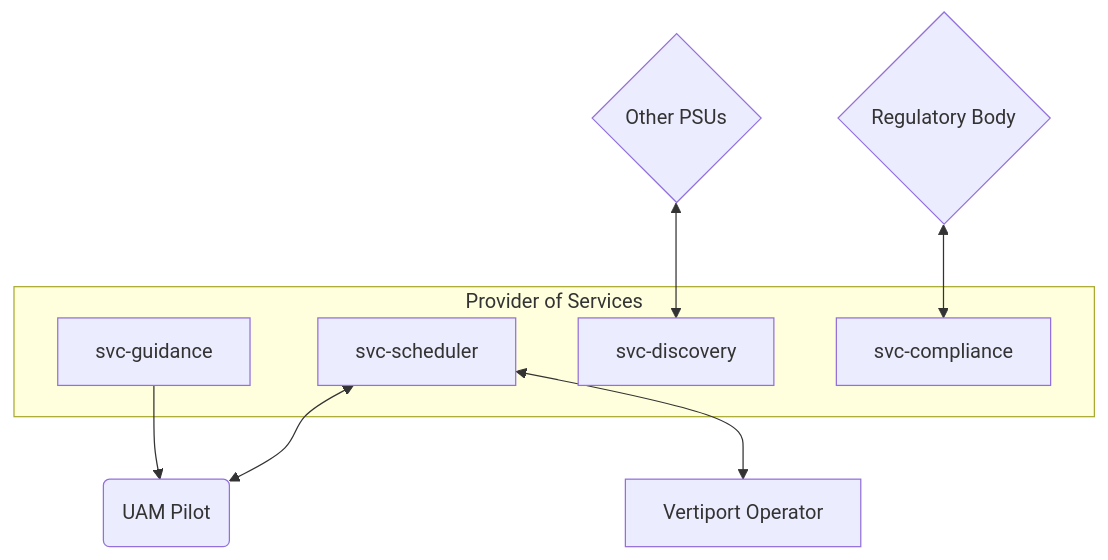
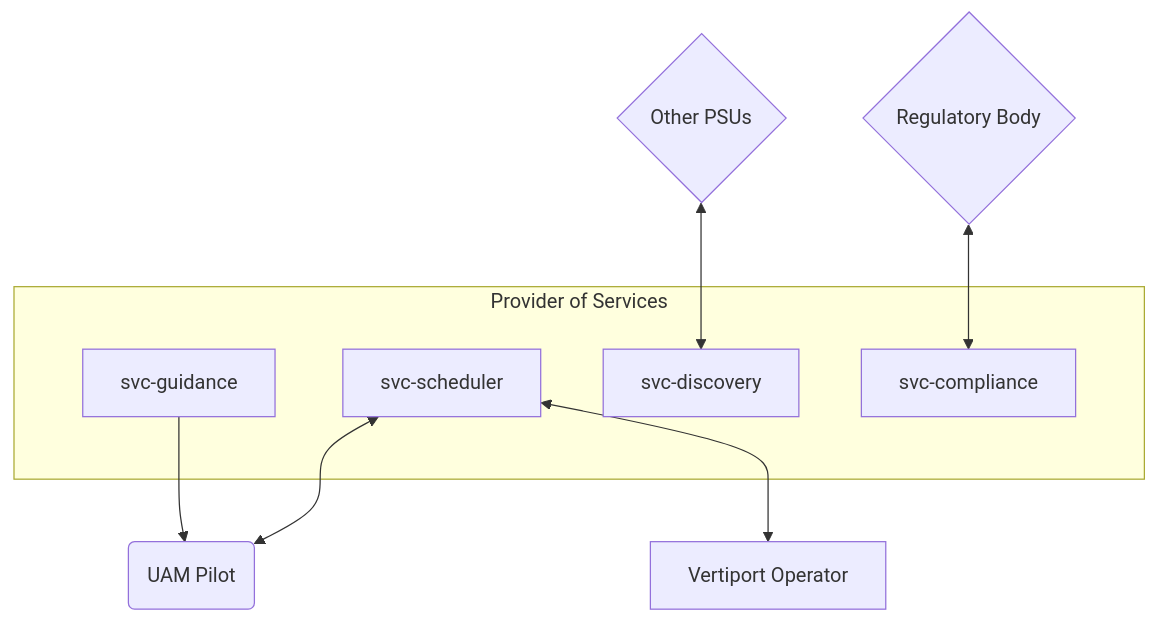
One commit to aetheric-oss/se-services changed the fourth of 6 diagrams in docs/conops.md. Above: the diagram before and after it, drawn with Mermaid. The commit also changed other lines of this file, not shown here.

Commit message:
Add padding to diagrams

````diff
--- a/docs/conops.md
+++ b/docs/conops.md
@@ -226,18 +243,23 @@
 ```mermaid
 flowchart TD
+classDef subgraph_padding fill:none,stroke:none
 
-subgraph Provider of Services
+subgraph psu [Provider of Services]
+subgraph p [ ]
 	sched[svc-scheduler]
 	guid[svc-guidance]
 	dcvr[svc-discovery]
 	com[svc-compliance]
+end
 end
 
 port[Vertiport Operator]
 
 faa{Regulatory Body} <--> com
 psus{Other PSUs} <--> dcvr
 guid --> pilot(UAM Pilot)
 sched <--> pilot
 sched <--> port
+
+class p subgraph_padding
 ```
````
